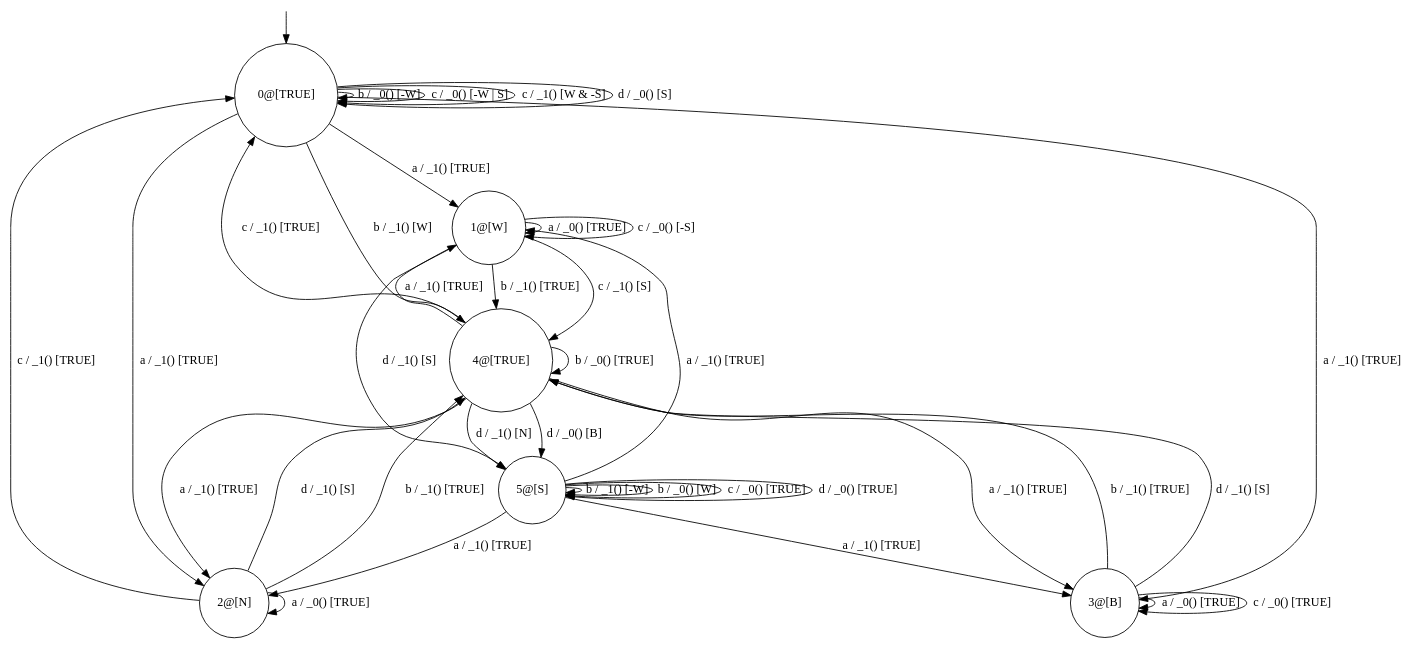
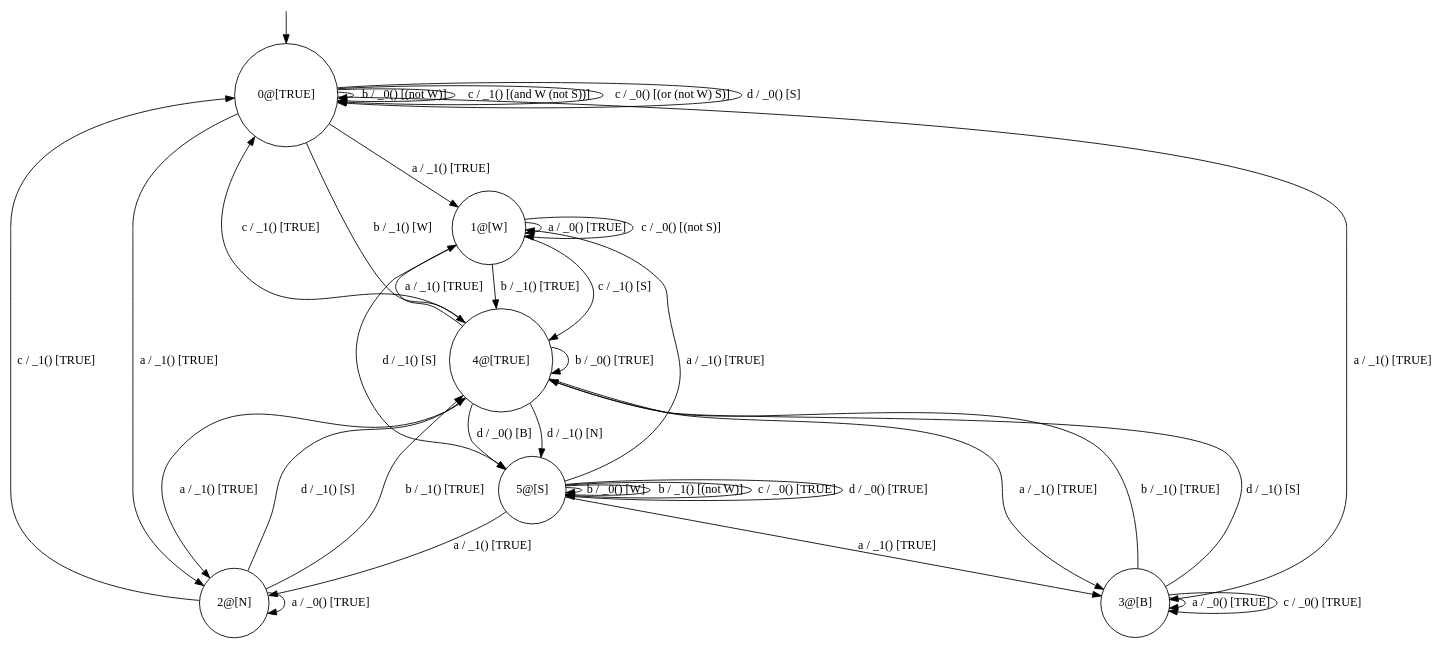
The diagram in FM_Analysis/agm/fsm_agm_1-fsm_agm_5/original.dot (damascenodiego/learningFFSM), drawn with Graphviz before and after one commit. The commit also changed 7 other files, not shown here.

```diff
--- a/FM_Analysis/agm/fsm_agm_1-fsm_agm_5/original.dot
+++ b/FM_Analysis/agm/fsm_agm_1-fsm_agm_5/original.dot
@@ -1,46 +1,46 @@
 digraph g {
 	edge [lblstyle="above, sloped"];
 	s0 [shape="circle" label="0@[TRUE]"];
 	s1 [shape="circle" label="1@[W]"];
 	s2 [shape="circle" label="2@[N]"];
 	s3 [shape="circle" label="3@[B]"];
 	s4 [shape="circle" label="4@[TRUE]"];
 	s5 [shape="circle" label="5@[S]"];
-	s0 -> s3 [label="a / _1() [TRUE]"];
 	s0 -> s1 [label="a / _1() [TRUE]"];
 	s0 -> s2 [label="a / _1() [TRUE]"];
+	s0 -> s3 [label="a / _1() [TRUE]"];
+	s0 -> s0 [label="b / _0() [(not W)]"];
 	s0 -> s4 [label="b / _1() [W]"];
-	s0 -> s0 [label="b / _0() [-W]"];
-	s0 -> s0 [label="c / _0() [-W | S]"];
-	s0 -> s0 [label="c / _1() [W & -S]"];
+	s0 -> s0 [label="c / _1() [(and W (not S))]"];
+	s0 -> s0 [label="c / _0() [(or (not W) S)]"];
 	s0 -> s0 [label="d / _0() [S]"];
 	s1 -> s1 [label="a / _0() [TRUE]"];
 	s1 -> s4 [label="b / _1() [TRUE]"];
 	s1 -> s4 [label="c / _1() [S]"];
-	s1 -> s1 [label="c / _0() [-S]"];
+	s1 -> s1 [label="c / _0() [(not S)]"];
 	s1 -> s5 [label="d / _1() [S]"];
 	s2 -> s2 [label="a / _0() [TRUE]"];
 	s2 -> s4 [label="b / _1() [TRUE]"];
 	s2 -> s0 [label="c / _1() [TRUE]"];
 	s2 -> s4 [label="d / _1() [S]"];
 	s3 -> s3 [label="a / _0() [TRUE]"];
 	s3 -> s4 [label="b / _1() [TRUE]"];
 	s3 -> s3 [label="c / _0() [TRUE]"];
 	s3 -> s4 [label="d / _1() [S]"];
+	s4 -> s1 [label="a / _1() [TRUE]"];
 	s4 -> s2 [label="a / _1() [TRUE]"];
 	s4 -> s3 [label="a / _1() [TRUE]"];
-	s4 -> s1 [label="a / _1() [TRUE]"];
 	s4 -> s4 [label="b / _0() [TRUE]"];
 	s4 -> s0 [label="c / _1() [TRUE]"];
+	s4 -> s5 [label="d / _1() [N]"];
 	s4 -> s5 [label="d / _0() [B]"];
-	s4 -> s5 [label="d / _1() [N]"];
+	s5 -> s3 [label="a / _1() [TRUE]"];
 	s5 -> s1 [label="a / _1() [TRUE]"];
-	s5 -> s3 [label="a / _1() [TRUE]"];
 	s5 -> s2 [label="a / _1() [TRUE]"];
-	s5 -> s5 [label="b / _1() [-W]"];
 	s5 -> s5 [label="b / _0() [W]"];
+	s5 -> s5 [label="b / _1() [(not W)]"];
 	s5 -> s5 [label="c / _0() [TRUE]"];
 	s5 -> s5 [label="d / _0() [TRUE]"];
 	__start0 [label="" shape="none" width="0" height="0"];
 	__start0 -> s0;
 }
```
